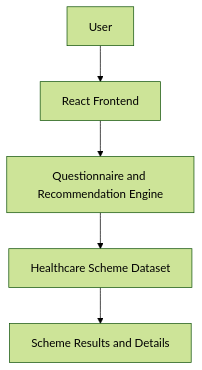
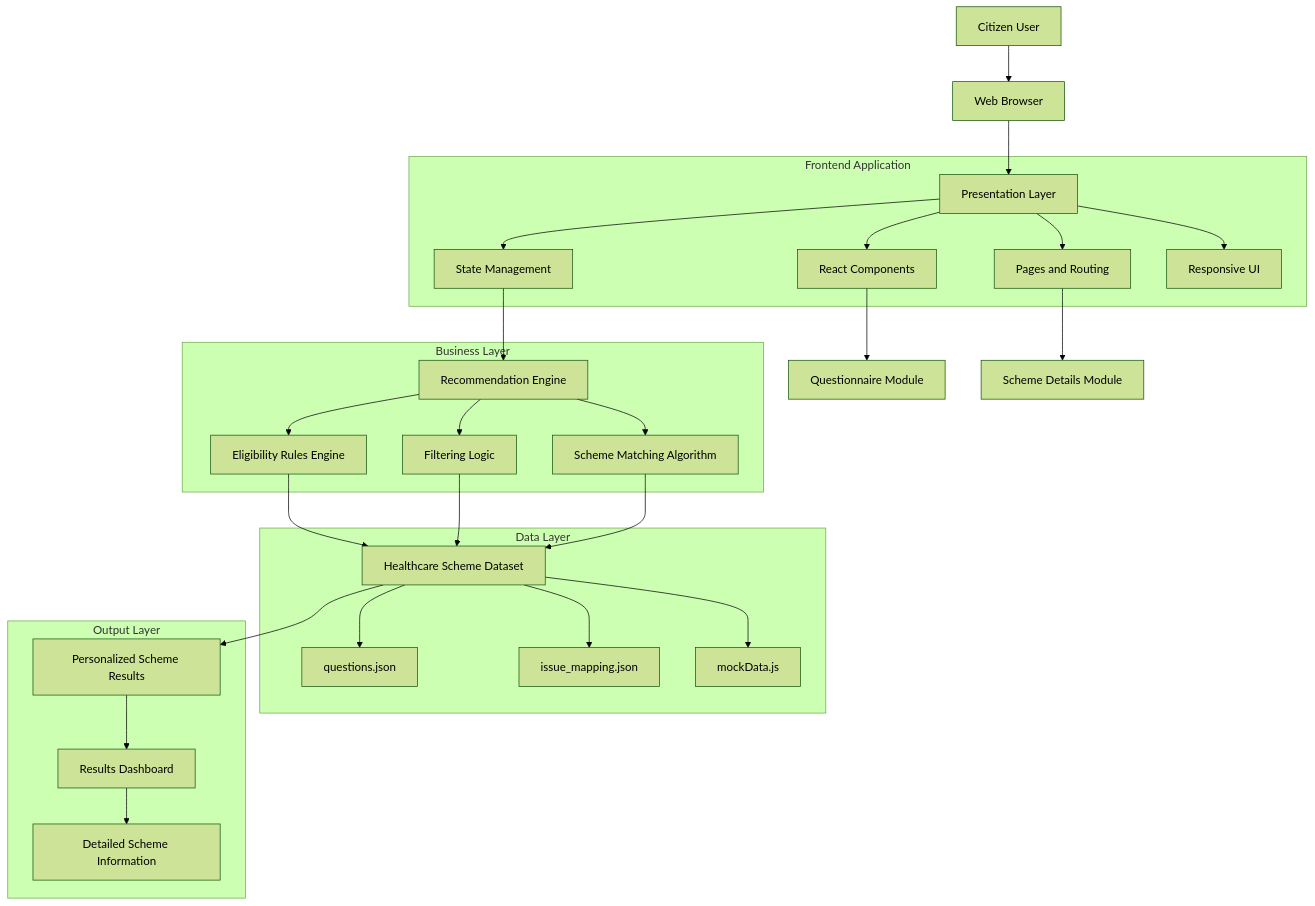
Before and after one commit to Saravanan2005real/Government-medical-schemes-chatbot: the diagram in README.md, drawn with Mermaid (forest theme). The commit also changed other lines of this file, not shown here.

Commit message:
docs: update system architecture section with detailed layered architecture

````diff
--- a/README.md
+++ b/README.md
@@ -7,7 +7,38 @@
 ```mermaid
 graph TD
-    A[User] --> B[React Frontend]
-    B --> C[Questionnaire and Recommendation Engine]
-    C --> D[Healthcare Scheme Dataset]
-    D --> E[Scheme Results and Details]
+
+A[Citizen User] --> B[Web Browser]
+B --> C[Presentation Layer]
+
+subgraph Frontend Application
+C --> D[React Components]
+C --> E[Pages and Routing]
+C --> F[State Management]
+C --> G[Responsive UI]
+end
+
+D --> H[Questionnaire Module]
+E --> I[Scheme Details Module]
+F --> J[Recommendation Engine]
+
+subgraph Business Layer
+J --> K[Eligibility Rules Engine]
+J --> L[Filtering Logic]
+J --> M[Scheme Matching Algorithm]
+end
+
+subgraph Data Layer
+K --> N[Healthcare Scheme Dataset]
+L --> N
+M --> N
+N --> O[questions.json]
+N --> P[issue_mapping.json]
+N --> Q[mockData.js]
+end
+
+subgraph Output Layer
+N --> R[Personalized Scheme Results]
+R --> S[Results Dashboard]
+S --> T[Detailed Scheme Information]
+end
 ```
````
